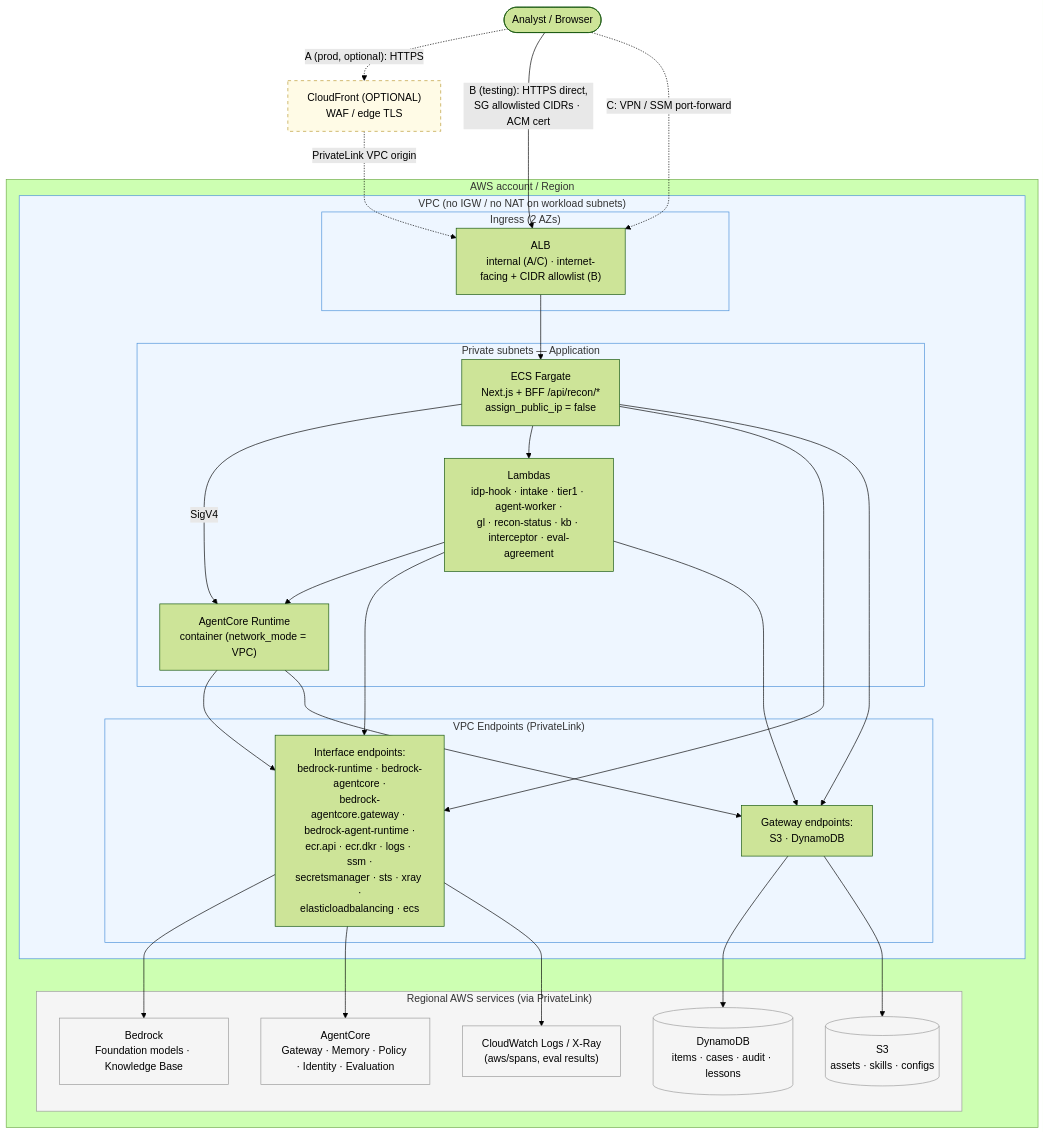
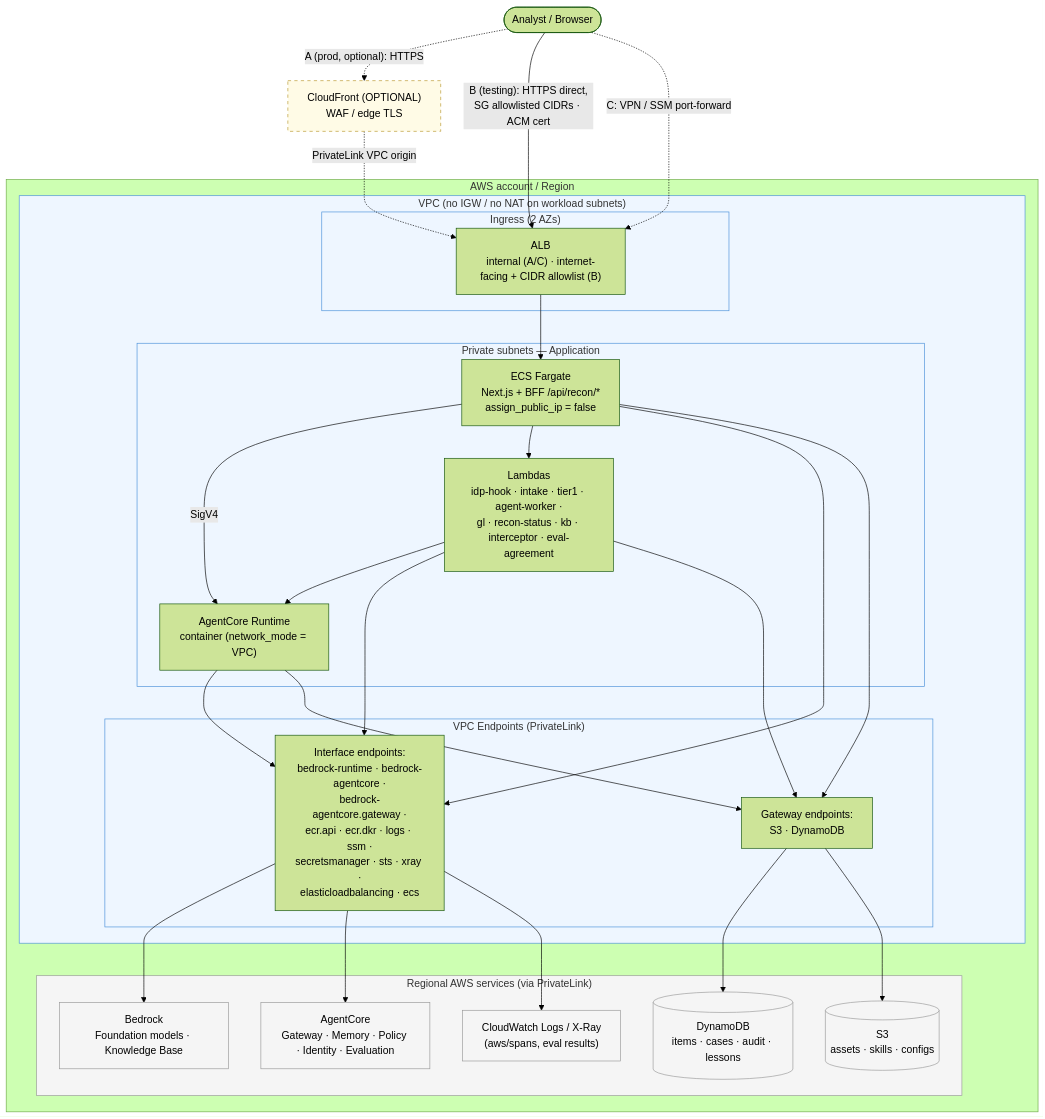
One commit to aws-samples/sample-reconciliation-agent changed the second of 2 diagrams in README.md. Above: the diagram before and after it, drawn with Mermaid (forest theme). The commit also changed other lines of this file and 458 other files, not shown here.

````diff
--- a/README.md
+++ b/README.md
@@ -758,60 +1036,60 @@
 ```mermaid
 flowchart TB
     user([Analyst / Browser])
     user -.->|"A (prod, optional): HTTPS"| cf["CloudFront (OPTIONAL)<br/>WAF / edge TLS"]
     cf -.->|PrivateLink VPC origin| alb
     user -->|"B (testing): HTTPS direct,<br/>SG allowlisted CIDRs · ACM cert"| alb
     user -.->|"C: VPN / SSM port-forward"| alb
 
     subgraph aws["AWS account / Region"]
       subgraph vpc["VPC (no IGW / no NAT on workload subnets)"]
         subgraph ingress["Ingress (2 AZs)"]
           alb["ALB<br/>internal (A/C) · internet-facing + CIDR allowlist (B)"]
         end
 
         subgraph app["Private subnets — Application"]
           fe["ECS Fargate<br/>Next.js + BFF /api/recon/*<br/>assign_public_ip = false"]
           rt["AgentCore Runtime<br/>container (network_mode = VPC)"]
           lam["Lambdas<br/>idp-hook · intake · tier1 · agent-worker ·<br/>gl · recon-status · kb · interceptor · eval-agreement"]
         end
 
         subgraph pl["VPC Endpoints (PrivateLink)"]
           gw["Gateway endpoints:<br/>S3 · DynamoDB"]
-          ife["Interface endpoints:<br/>bedrock-runtime · bedrock-agentcore ·<br/>bedrock-agentcore.gateway · bedrock-agent-runtime ·<br/>ecr.api · ecr.dkr · logs · ssm ·<br/>secretsmanager · sts · xray ·<br/>elasticloadbalancing · ecs"]
+          ife["Interface endpoints:<br/>bedrock-runtime · bedrock-agentcore ·<br/>bedrock-agentcore.gateway ·<br/>ecr.api · ecr.dkr · logs · ssm ·<br/>secretsmanager · sts · xray ·<br/>elasticloadbalancing · ecs"]
         end
       end
 
       subgraph data["Regional AWS services (via PrivateLink)"]
         ddb[(DynamoDB<br/>items · cases · audit · lessons)]
         s3[(S3<br/>assets · skills · configs)]
         bedrock["Bedrock<br/>Foundation models · Knowledge Base"]
         acore["AgentCore<br/>Gateway · Memory · Policy · Identity · Evaluation"]
         cw["CloudWatch Logs / X-Ray<br/>(aws/spans, eval results)"]
       end
     end
 
     alb --> fe
     fe -->|SigV4| rt
     fe --> lam
     lam --> rt
 
     fe --> ife
     rt --> ife
     lam --> ife
     fe --> gw
     rt --> gw
     lam --> gw
 
     gw --> ddb
     gw --> s3
     ife --> bedrock
     ife --> acore
     ife --> cw
 
     classDef vpcbox fill:#eef6ff,stroke:#4a90d9;
     classDef svc fill:#f5f5f5,stroke:#999;
     classDef optional stroke-dasharray:5 5,fill:#fffbe6,stroke:#b8962e;
     class vpc,app,pl,ingress vpcbox;
     class data,ddb,s3,bedrock,acore,cw svc;
     class cf optional;
 ```
````
